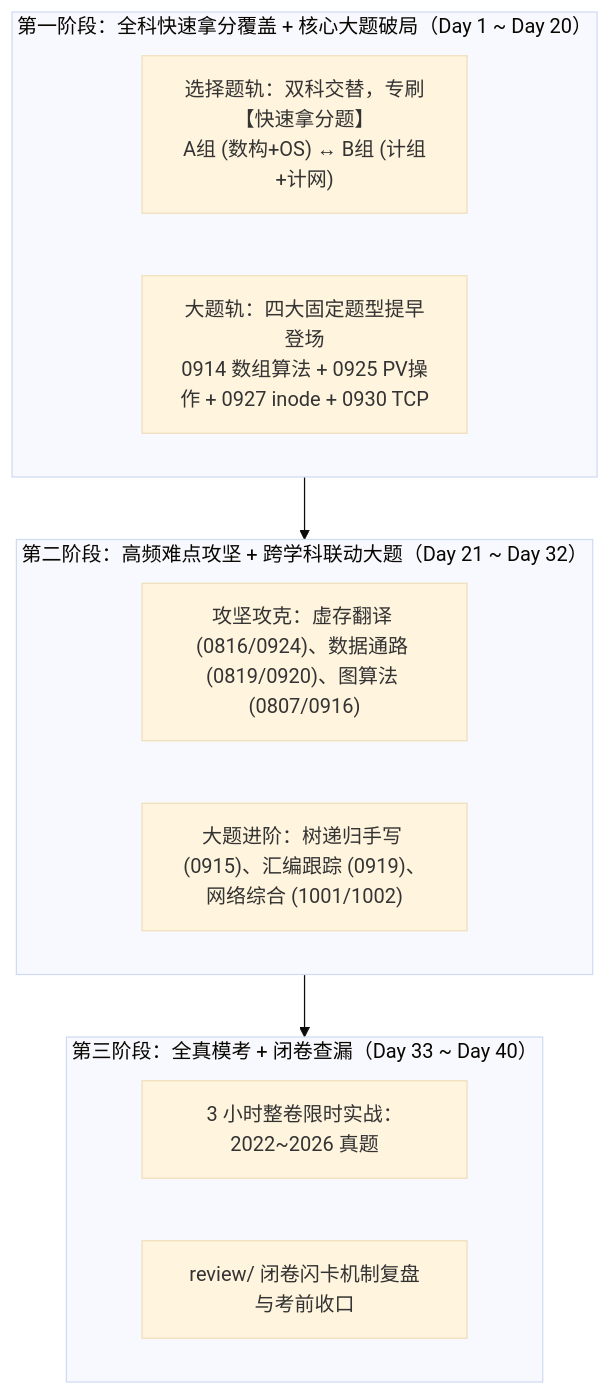
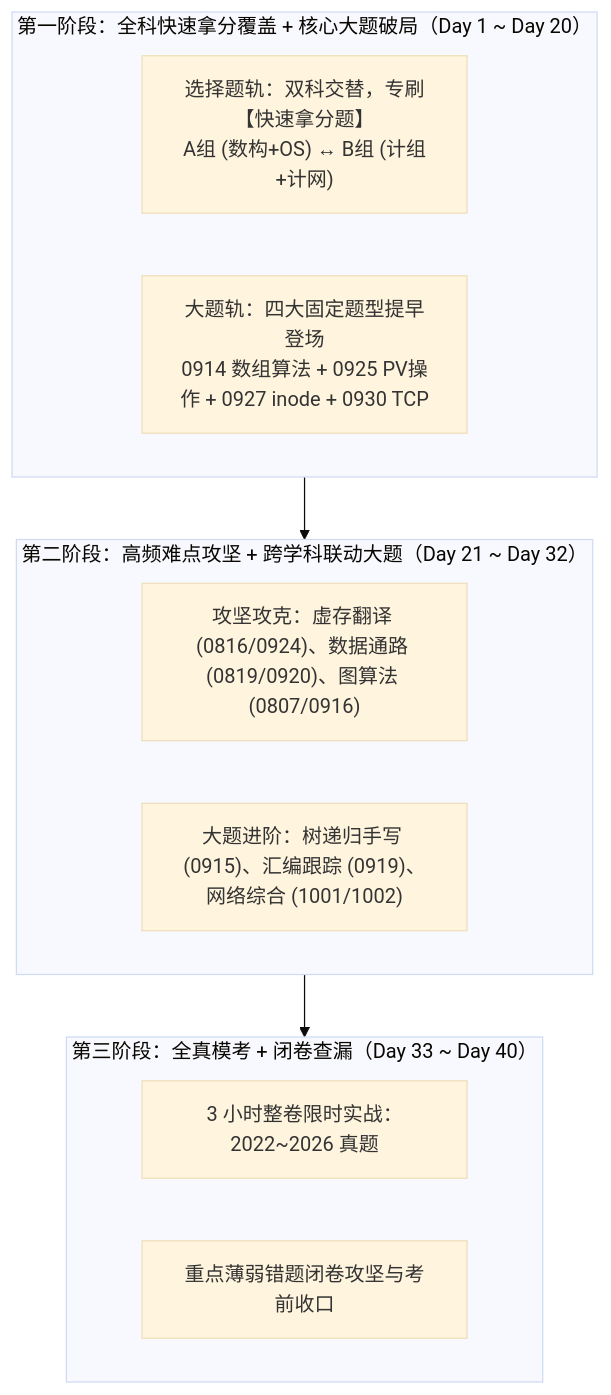
Before and after one commit to dontng/44: the diagram in plan/README.md, drawn with Mermaid (base theme). The commit also changed other lines of this file and 698 other files, not shown here.

````diff
--- a/plan/README.md
+++ b/plan/README.md
@@ -78,16 +78,16 @@
 ```mermaid
 flowchart TD
     subgraph Phase1["第一阶段：全科快速拿分覆盖 + 核心大题破局（Day 1 ~ Day 20）"]
         P1A["选择题轨：双科交替，专刷【快速拿分题】<br>A组 (数构+OS) ↔ B组 (计组+计网)"]
         P1B["大题轨：四大固定题型提早登场<br>0914 数组算法 + 0925 PV操作 + 0927 inode + 0930 TCP"]
     end
     subgraph Phase2["第二阶段：高频难点攻坚 + 跨学科联动大题（Day 21 ~ Day 32）"]
         P2A["攻坚攻克：虚存翻译 (0816/0924)、数据通路 (0819/0920)、图算法 (0807/0916)"]
         P2B["大题进阶：树递归手写 (0915)、汇编跟踪 (0919)、网络综合 (1001/1002)"]
     end
     subgraph Phase3["第三阶段：全真模考 + 闭卷查漏（Day 33 ~ Day 40）"]
         P3A["3 小时整卷限时实战：2022~2026 真题"]
-        P3B["review/ 闭卷闪卡机制复盘与考前收口"]
+        P3B["重点薄弱错题闭卷攻坚与考前收口"]
     end
     Phase1 --> Phase2 --> Phase3
 ```
````
